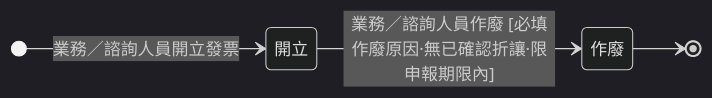
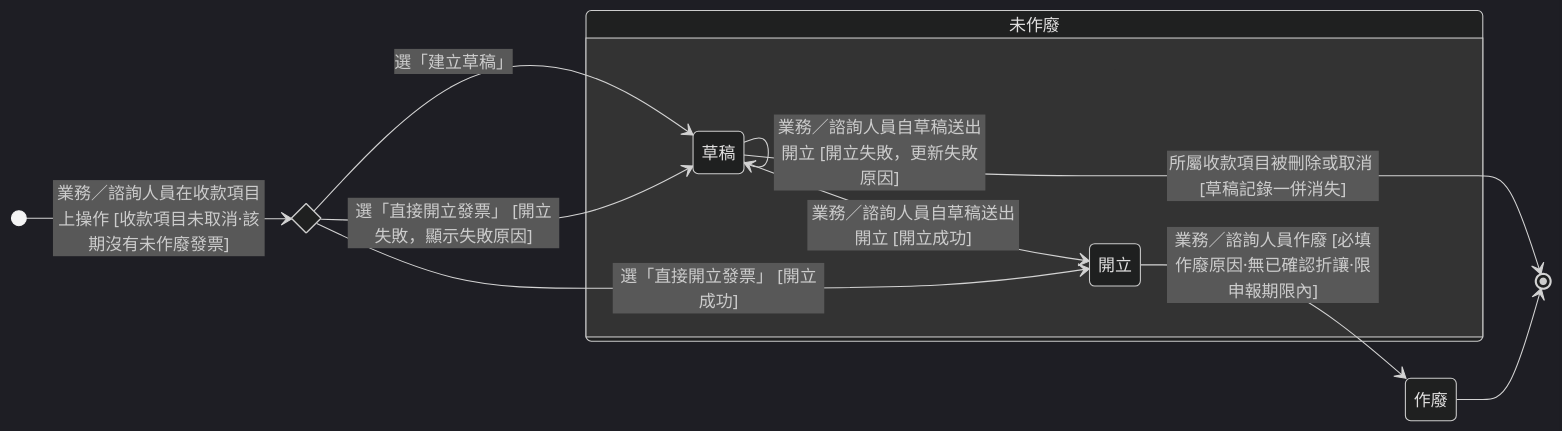
Before and after one commit to Kawato-Miles/erp-spec: the diagram in memory/Sens_wiki/wiki/erp/06-state-machines/發票狀態.md, drawn with Mermaid (dark theme). The commit also changed other lines of this file and 84 other files, not shown here.

````diff
--- a/memory/Sens_wiki/wiki/erp/06-state-machines/發票狀態.md
+++ b/memory/Sens_wiki/wiki/erp/06-state-machines/發票狀態.md
@@ -34,11 +37,24 @@
 ```mermaid
 stateDiagram-v2
     direction LR
 
-    [*] --> s_issued : 業務／諮詢人員開立發票
-    state "開立" as s_issued
+    state c_entry <<choice>>
+    [*] --> c_entry : 業務／諮詢人員在收款項目上操作 [收款項目未取消·該期沒有未作廢發票]
+
+    state "未作廢" as g_active {
+        direction LR
+        state "草稿" as s_draft
+        state "開立" as s_issued
+        s_draft --> s_issued : 業務／諮詢人員自草稿送出開立 [開立成功]
+        s_draft --> s_draft : 業務／諮詢人員自草稿送出開立 [開立失敗，更新失敗原因]
+    }
     state "作廢" as s_void
 
+    c_entry --> s_draft : 選「建立草稿」
+    c_entry --> s_issued : 選「直接開立發票」 [開立成功]
+    c_entry --> s_draft : 選「直接開立發票」 [開立失敗，顯示失敗原因]
+
+    s_draft --> [*] : 所屬收款項目被刪除或取消 [草稿記錄一併消失]
     s_issued --> s_void : 業務／諮詢人員作廢 [必填作廢原因·無已確認折讓·限申報期限內]
     s_void --> [*]
 ```
````
